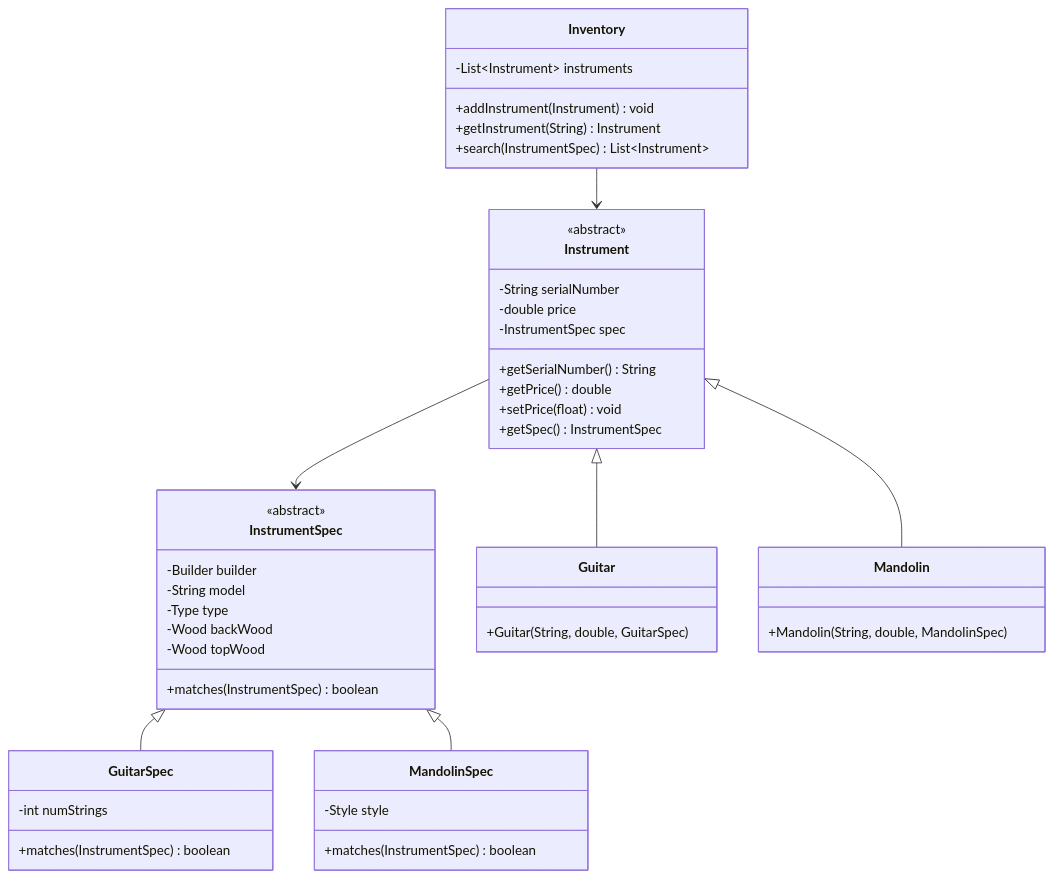
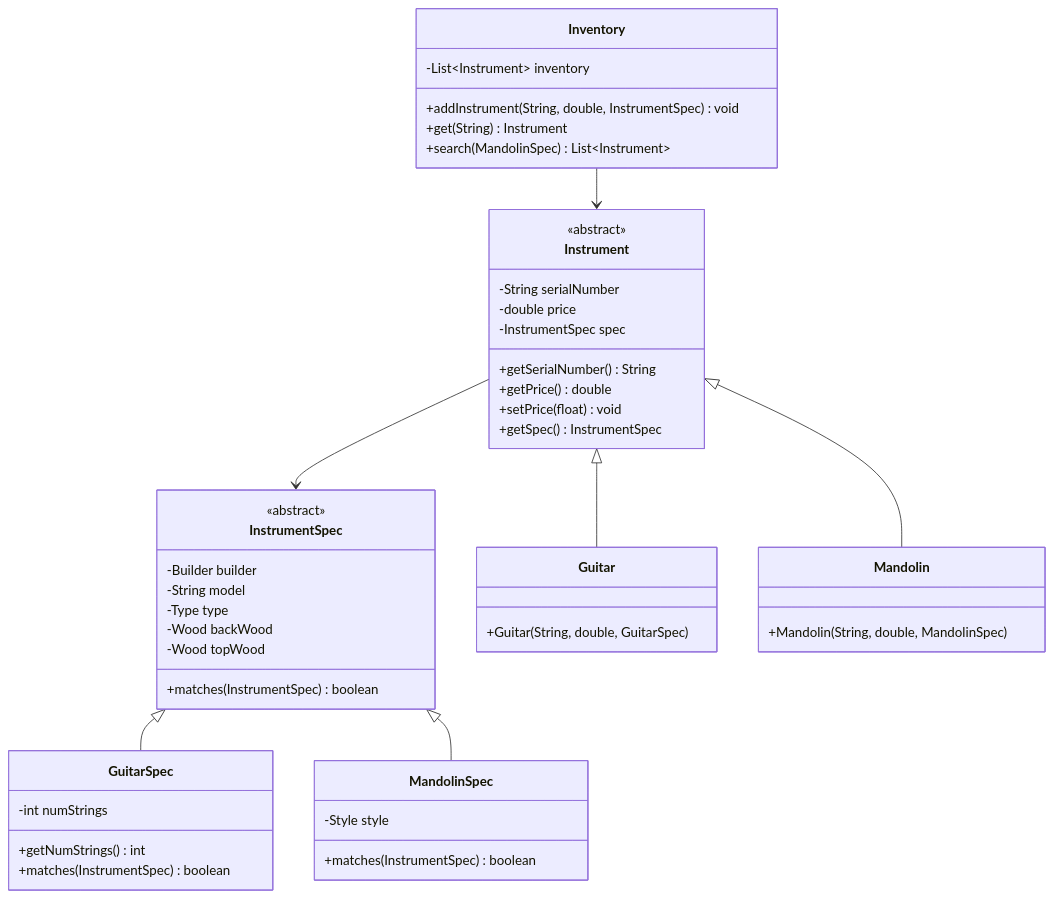
The first of 2 diagrams in java-se-example/src/object_oriented_design_and_analysis/chapter_01_well_designed_apps_rock/part2/README.md (lethanhsang123/java-se-project), drawn with Mermaid before and after one commit. The commit also changed other lines of this file, not shown here.

Commit message:
[feat][OOAD][UML update]

````diff
--- a/java-se-example/src/object_oriented_design_and_analysis/chapter_01_well_designed_apps_rock/part2/README.md
+++ b/java-se-example/src/object_oriented_design_and_analysis/chapter_01_well_designed_apps_rock/part2/README.md
@@ -7,55 +36,56 @@
 ```mermaid
 classDiagram
     class Instrument {
         <<abstract>>
         -String serialNumber
         -double price
         -InstrumentSpec spec
         +getSerialNumber() String
         +getPrice() double
         +setPrice(float) void
         +getSpec() InstrumentSpec
     }
 
     class InstrumentSpec {
         <<abstract>>
         -Builder builder
         -String model
         -Type type
         -Wood backWood
         -Wood topWood
         +matches(InstrumentSpec) boolean
     }
 
     class Guitar {
         +Guitar(String, double, GuitarSpec)
     }
 
     class GuitarSpec {
         -int numStrings
+        +getNumStrings() int
         +matches(InstrumentSpec) boolean
     }
 
     class Mandolin {
         +Mandolin(String, double, MandolinSpec)
     }
 
     class MandolinSpec {
         -Style style
         +matches(InstrumentSpec) boolean
     }
 
     class Inventory {
-        -List~Instrument~ instruments
-        +addInstrument(Instrument) void
-        +getInstrument(String) Instrument
-        +search(InstrumentSpec) List~Instrument~
+        -List~Instrument~ inventory
+        +addInstrument(String, double, InstrumentSpec) void
+        +get(String) Instrument
+        +search(MandolinSpec) List~Instrument~
     }
 
     Instrument <|-- Guitar
     Instrument <|-- Mandolin
     InstrumentSpec <|-- GuitarSpec
     InstrumentSpec <|-- MandolinSpec
     Instrument --> InstrumentSpec
     Inventory --> Instrument
 ```
````
